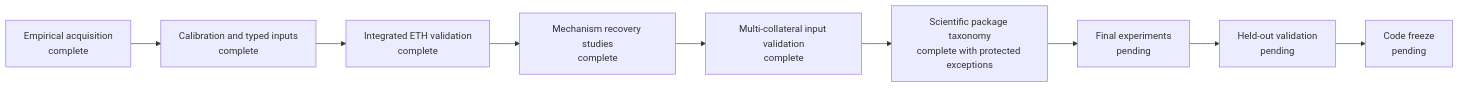
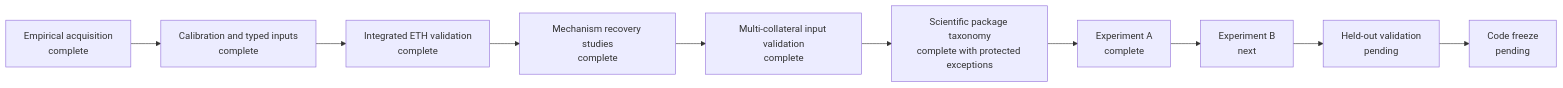
The second of 2 diagrams in docs/overview/project_structure.md (VeroniCup/dai-abm-simulation), drawn with Mermaid before and after one commit. The commit also changed other lines of this file and 34 other files, not shown here.

````diff
--- a/docs/overview/project_structure.md
+++ b/docs/overview/project_structure.md
@@ -86,14 +86,15 @@
 ```mermaid
 flowchart LR
     A["Empirical acquisition<br/>complete"]
     B["Calibration and typed inputs<br/>complete"]
     C["Integrated ETH validation<br/>complete"]
     D["Mechanism recovery studies<br/>complete"]
     E["Multi-collateral input validation<br/>complete"]
     T["Scientific package taxonomy<br/>complete with protected exceptions"]
-    F["Final experiments<br/>pending"]
+    F["Experiment A<br/>complete"]
+    B2["Experiment B<br/>next"]
     G["Held-out validation<br/>pending"]
     H["Code freeze<br/>pending"]
 
-    A --> B --> C --> D --> E --> T --> F --> G --> H
+    A --> B --> C --> D --> E --> T --> F --> B2 --> G --> H
 ```
````
